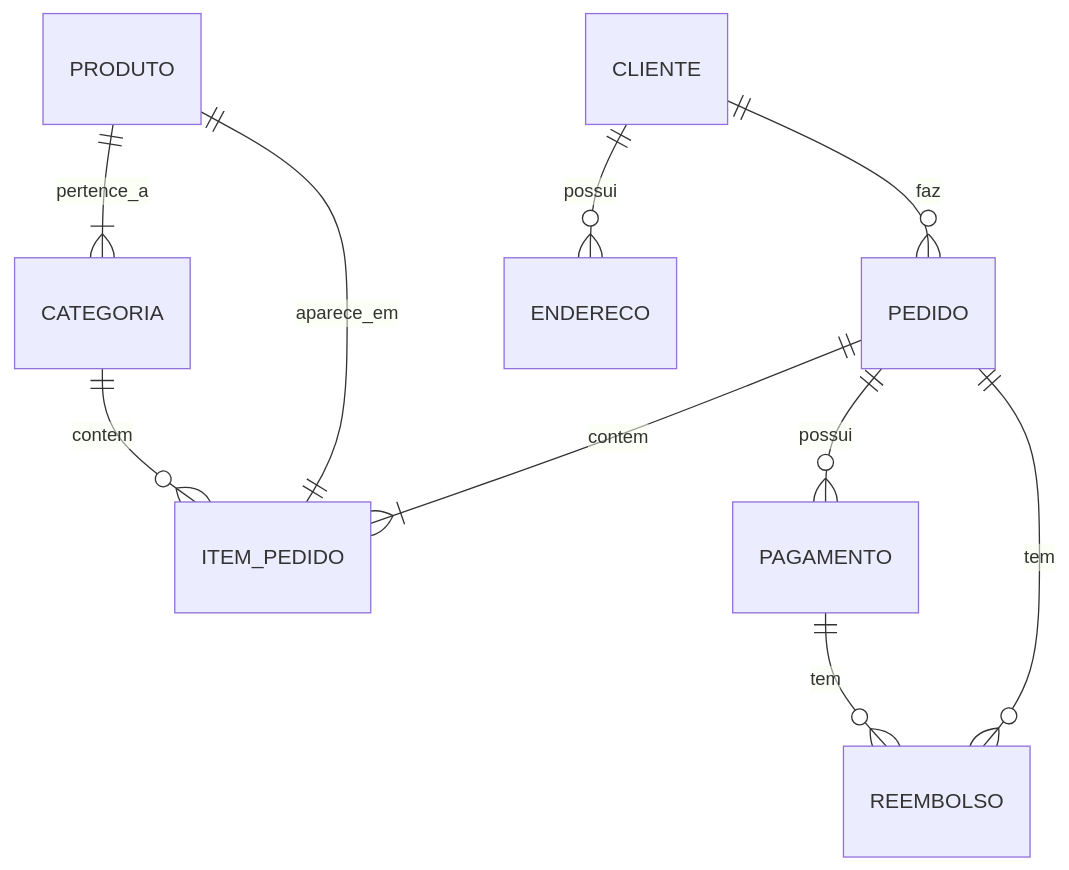
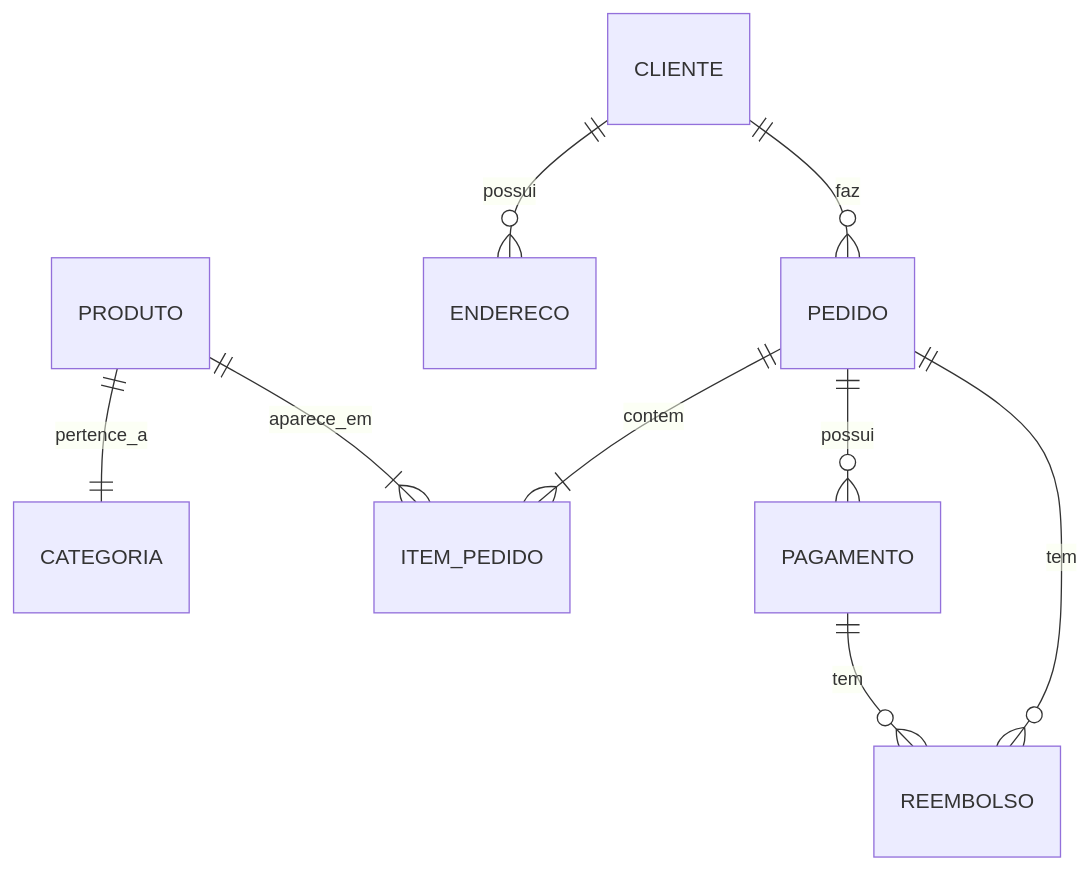
The first of 2 diagrams in docs/nodeJs/_02_API-RESTful-com-Nodejs.md (juniormarans/StackJavaScript), drawn with Mermaid before and after one commit. The commit also changed 2 other files, not shown here.

Commit message:
feat: adiciona diagrama na intro API

````diff
--- a/docs/nodeJs/_02_API-RESTful-com-Nodejs.md
+++ b/docs/nodeJs/_02_API-RESTful-com-Nodejs.md
@@ -226,12 +226,11 @@
 ```mermaid
 erDiagram
-    PRODUTO ||--|{ CATEGORIA : pertence_a
-    PRODUTO ||--|| ITEM_PEDIDO : aparece_em
-    CATEGORIA ||--o{ ITEM_PEDIDO : contem
+    PRODUTO ||--|| CATEGORIA : pertence_a
+    PRODUTO ||--|{ ITEM_PEDIDO : aparece_em
     CLIENTE ||--o{ ENDERECO : possui
     CLIENTE ||--o{ PEDIDO : faz
     PEDIDO ||--|{ ITEM_PEDIDO : contem
     PEDIDO ||--o{ PAGAMENTO : possui
     PAGAMENTO ||--o{ REEMBOLSO : tem
     PEDIDO ||--o{ REEMBOLSO : tem
 ```
````
